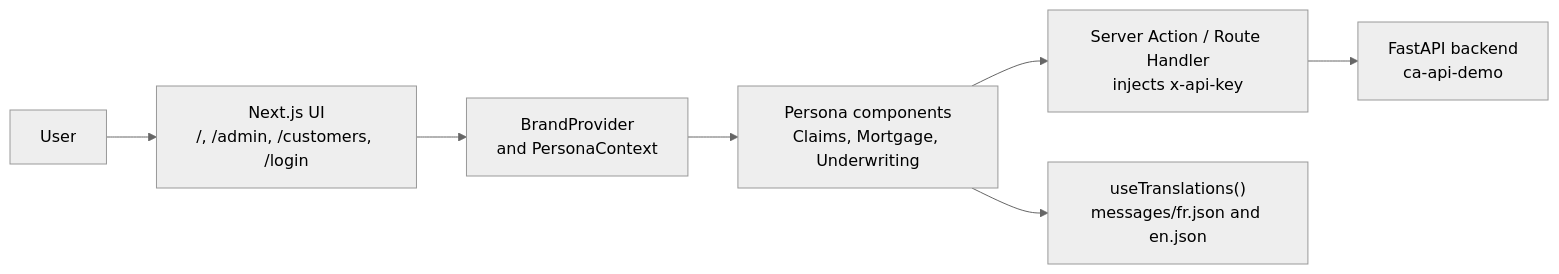
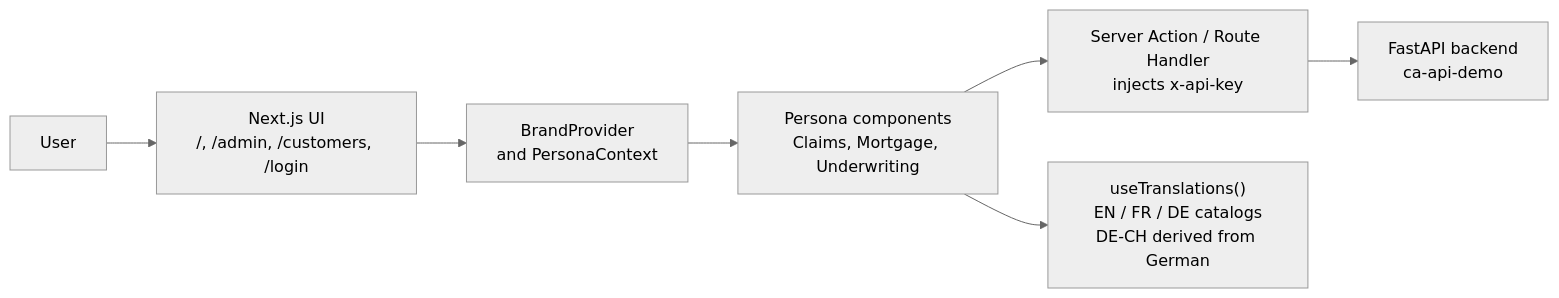
One commit to olivMertens/PrevaIq changed the diagram in frontend/README.md. Above: the diagram before and after it, drawn with Mermaid (neutral theme). The commit also changed other lines of this file and 19 other files, not shown here.

Commit message:
docs: refresh screenshots and synchronize architecture

````diff
--- a/frontend/README.md
+++ b/frontend/README.md
@@ -15,9 +15,9 @@
 ```mermaid
 flowchart LR
     User["User"] --> NextUI["Next.js UI<br/>/, /admin, /customers, /login"]
     NextUI --> Brand["BrandProvider<br/>and PersonaContext"]
     Brand --> Comp["Persona components<br/>Claims, Mortgage, Underwriting"]
     Comp --> Proxy["Server Action / Route Handler<br/>injects x-api-key"]
     Proxy --> API["FastAPI backend<br/>ca-api-demo"]
-    Comp --> I18n["useTranslations()<br/>messages/fr.json and en.json"]
+    Comp --> I18n["useTranslations()<br/>EN / FR / DE catalogs<br/>DE-CH derived from German"]
 ```
````
